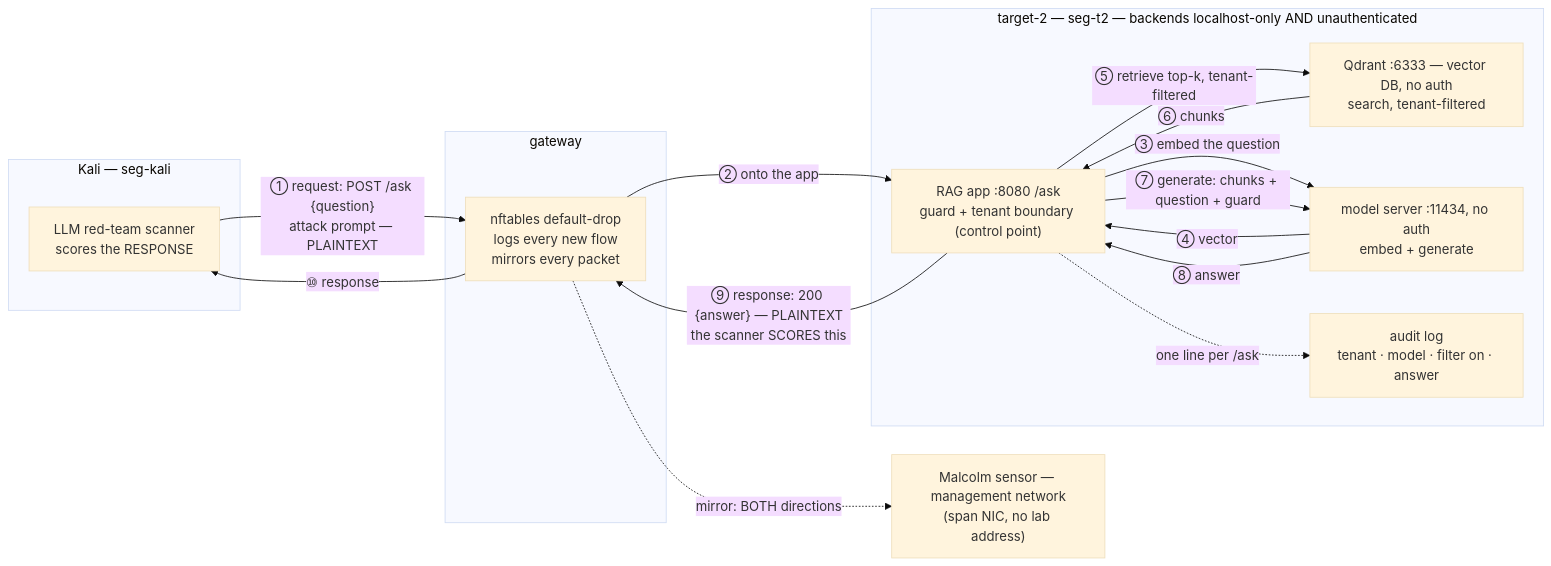
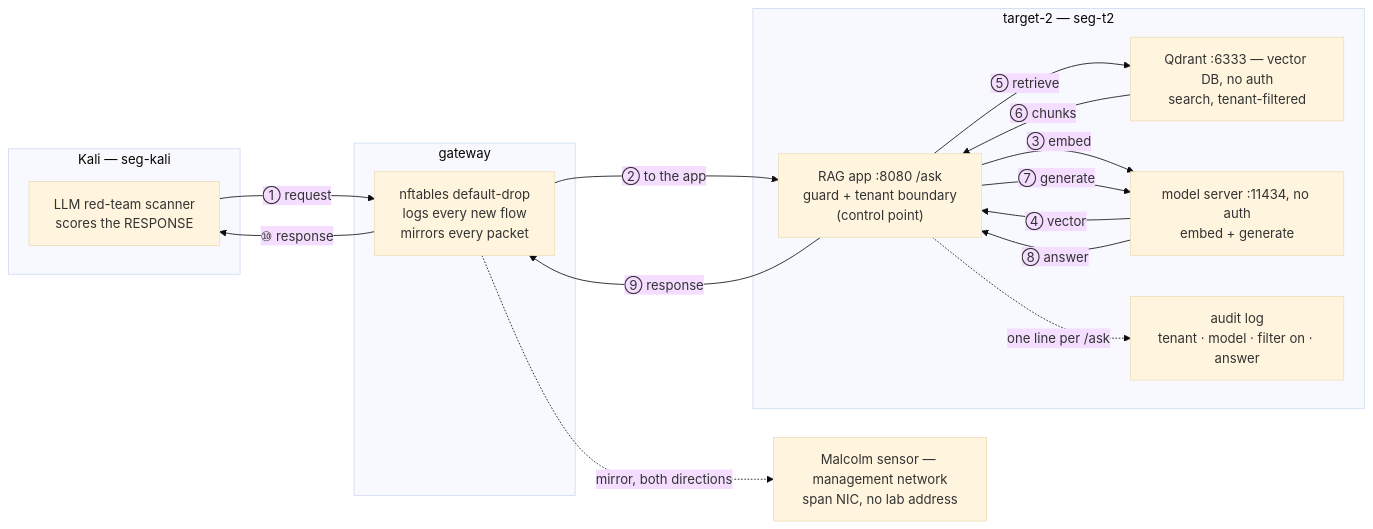
One commit to ryayres-fox/Security changed the second of 11 diagrams in lab-journal/rag-and-ai-probe.md. Above: the diagram before and after it, drawn with Mermaid (base theme). The commit also changed other lines of this file and 5 other files, not shown here.

First line of the commit message:
Lab journal: legible diagrams, and the agentic-services page (#90)

````diff
--- a/lab-journal/rag-and-ai-probe.md
+++ b/lab-journal/rag-and-ai-probe.md
@@ -72,32 +75,29 @@
 ```mermaid
 graph LR
   subgraph KALI["Kali — seg-kali"]
     SQ["LLM red-team scanner<br/>scores the RESPONSE"]
   end
-
   subgraph GW["gateway"]
     FW["nftables default-drop<br/>logs every new flow<br/>mirrors every packet"]
   end
-
-  subgraph T2["target-2 — seg-t2 — backends localhost-only AND unauthenticated"]
-    RAG["RAG app :8080 /ask<br/>guard + tenant boundary (control point)"]
+  subgraph T2["target-2 — seg-t2"]
+    RAG["RAG app :8080 /ask<br/>guard + tenant boundary<br/>(control point)"]
     QD["Qdrant :6333 — vector DB, no auth<br/>search, tenant-filtered"]
     OLL["model server :11434, no auth<br/>embed + generate"]
     AUD["audit log<br/>tenant · model · filter on · answer"]
   end
+  SENSOR["Malcolm sensor — management network<br/>span NIC, no lab address"]
 
-  SENSOR["Malcolm sensor — management network<br/>(span NIC, no lab address)"]
-
-  SQ -->|"① request: POST /ask {question}<br/>attack prompt — PLAINTEXT"| FW
-  FW -->|"② onto the app"| RAG
+  SQ -->|"① request"| FW
+  FW -->|"② to the app"| RAG
+  RAG -->|"③ embed"| OLL
+  OLL -->|"④ vector"| RAG
+  RAG -->|"⑤ retrieve"| QD
+  QD -->|"⑥ chunks"| RAG
+  RAG -->|"⑦ generate"| OLL
+  OLL -->|"⑧ answer"| RAG
+  RAG -->|"⑨ response"| FW
+  FW -->|"⑩ response"| SQ
   RAG -.->|"one line per /ask"| AUD
-  RAG -->|"③ embed the question"| OLL
-  RAG -->|"⑤ retrieve top-k, tenant-filtered"| QD
-  QD -->|"⑥ chunks"| RAG
-  RAG -->|"⑦ generate: chunks + question + guard"| OLL
-  OLL -->|"④ vector"| RAG
-  OLL -->|"⑧ answer"| RAG
-  RAG -->|"⑨ response: 200 {answer} — PLAINTEXT<br/>the scanner SCORES this"| FW
-  FW -->|"⑩ response"| SQ
-  FW -.->|"mirror: BOTH directions"| SENSOR
+  FW -.->|"mirror, both directions"| SENSOR
 ```
````
